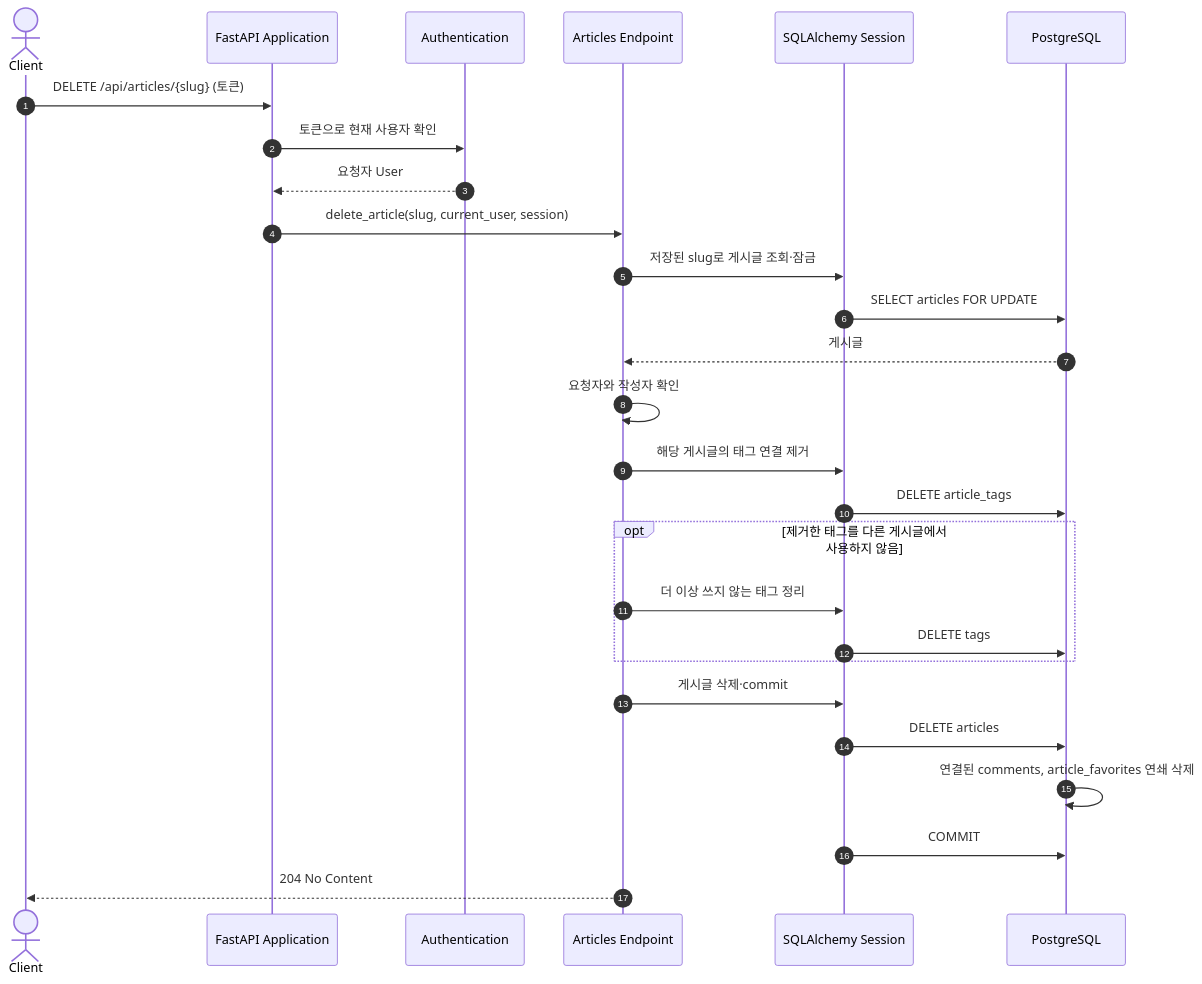
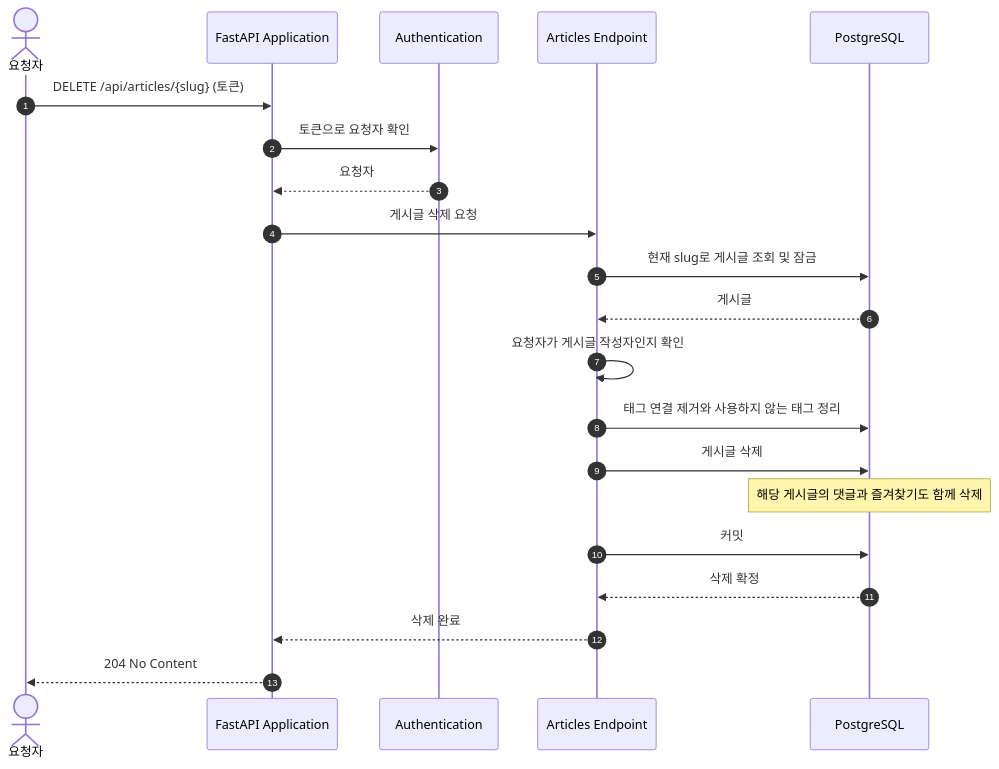
One commit to chahoseong/realworld-fastapi-backend changed the second of 2 diagrams in docs/architecture/flows/article-update-and-deletion.md. Above: the diagram before and after it, drawn with Mermaid. The commit also changed other lines of this file and 11 other files, not shown here.

Commit message:
Refactor documentation for user flows: update component responsibilities, runtime views, and scenarios for comment, favorite, follow, public profile, user login, registration, retrieval, and update processes.

````diff
--- a/docs/architecture/flows/article-update-and-deletion.md
+++ b/docs/architecture/flows/article-update-and-deletion.md
@@ -68,30 +66,24 @@
 ```mermaid
 sequenceDiagram
     autonumber
-    actor Client
+    actor Client as 요청자
     participant App as FastAPI Application
     participant Auth as Authentication
     participant Endpoint as Articles Endpoint
-    participant Session as SQLAlchemy Session
     participant DB as PostgreSQL
 
     Client->>App: DELETE /api/articles/{slug} (토큰)
-    App->>Auth: 토큰으로 현재 사용자 확인
-    Auth-->>App: 요청자 User
-    App->>Endpoint: delete_article(slug, current_user, session)
-    Endpoint->>Session: 저장된 slug로 게시글 조회·잠금
-    Session->>DB: SELECT articles FOR UPDATE
+    App->>Auth: 토큰으로 요청자 확인
+    Auth-->>App: 요청자
+    App->>Endpoint: 게시글 삭제 요청
+    Endpoint->>DB: 현재 slug로 게시글 조회 및 잠금
     DB-->>Endpoint: 게시글
-    Endpoint->>Endpoint: 요청자와 작성자 확인
-    Endpoint->>Session: 해당 게시글의 태그 연결 제거
-    Session->>DB: DELETE article_tags
-    opt 제거한 태그를 다른 게시글에서 사용하지 않음
-        Endpoint->>Session: 더 이상 쓰지 않는 태그 정리
-        Session->>DB: DELETE tags
-    end
-    Endpoint->>Session: 게시글 삭제·commit
-    Session->>DB: DELETE articles
-    DB->>DB: 연결된 comments, article_favorites 연쇄 삭제
-    Session->>DB: COMMIT
-    Endpoint-->>Client: 204 No Content
+    Endpoint->>Endpoint: 요청자가 게시글 작성자인지 확인
+    Endpoint->>DB: 태그 연결 제거와 사용하지 않는 태그 정리
+    Endpoint->>DB: 게시글 삭제
+    Note over DB: 해당 게시글의 댓글과 즐겨찾기도 함께 삭제
+    Endpoint->>DB: 커밋
+    DB-->>Endpoint: 삭제 확정
+    Endpoint-->>App: 삭제 완료
+    App-->>Client: 204 No Content
 ```
````
